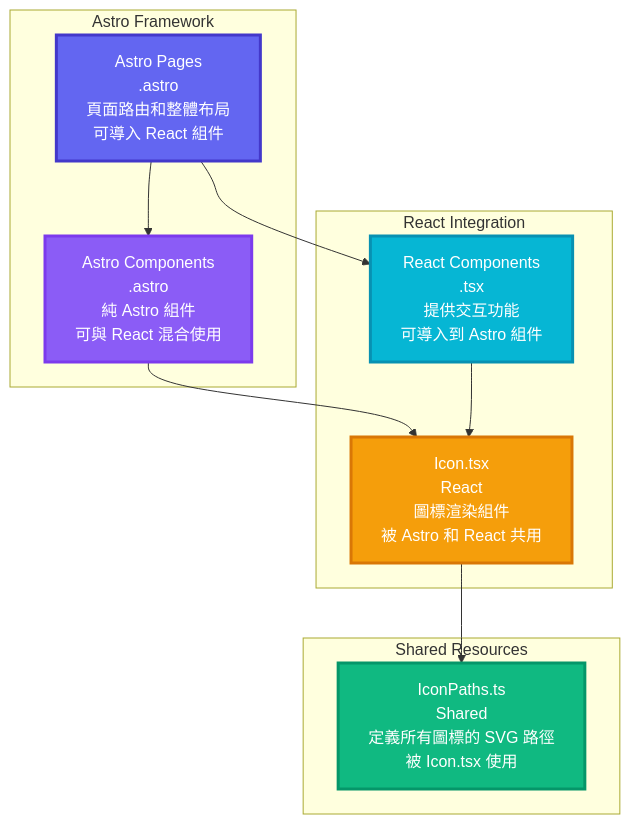
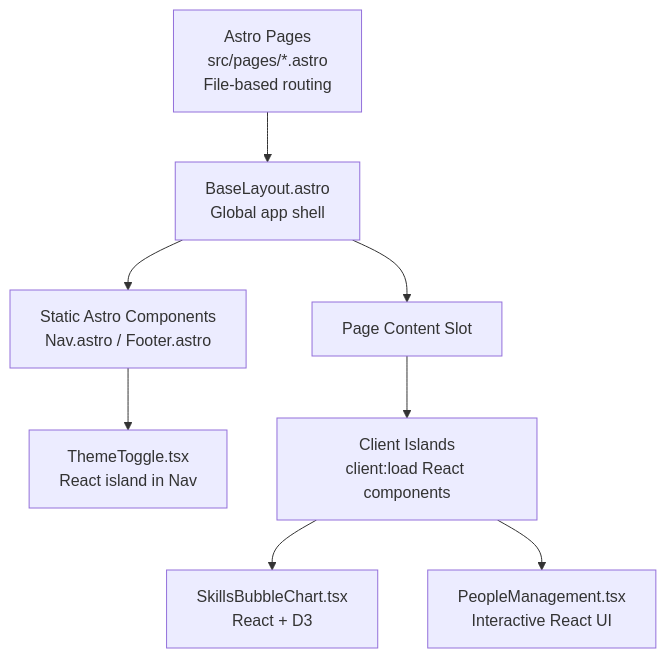
Before and after one commit to Vinskao/ty-multiverse: the second of 5 diagrams in README.md, drawn with Mermaid. The commit also changed other lines of this file and 1 other file, not shown here.

````diff
--- a/README.md
+++ b/README.md
@@ -596,34 +75,11 @@
 ```mermaid
 graph TD
-    A[Astro Pages<br/>.astro<br/>頁面路由和整體布局<br/>可導入 React 組件] --> B[Astro Components<br/>.astro<br/>純 Astro 組件<br/>可與 React 混合使用]
-    A --> C[React Components<br/>.tsx<br/>提供交互功能<br/>可導入到 Astro 組件]
-    B --> D[Icon.tsx<br/>React<br/>圖標渲染組件<br/>被 Astro 和 React 共用]
-    C --> D
-    D --> E[IconPaths.ts<br/>Shared<br/>定義所有圖標的 SVG 路徑<br/>被 Icon.tsx 使用]
-    
-    subgraph "Astro Framework"
-        A
-        B
-    end
-    
-    subgraph "React Integration"
-        C
-        D
-    end
-    
-    subgraph "Shared Resources"
-        E
-    end
+    A[Astro Pages<br/>src/pages/*.astro<br/>File-based routing] --> B[BaseLayout.astro<br/>Global app shell]
+    B --> C[Static Astro Components<br/>Nav.astro / Footer.astro]
+    B --> D[Page Content Slot]
 
-    %% Professional color scheme
-    style A fill:#6366f1,stroke:#4338ca,stroke-width:3px,color:#ffffff
-    style B fill:#8b5cf6,stroke:#7c3aed,stroke-width:3px,color:#ffffff
-    style C fill:#06b6d4,stroke:#0891b2,stroke-width:3px,color:#ffffff
-    style D fill:#f59e0b,stroke:#d97706,stroke-width:3px,color:#ffffff
-    style E fill:#10b981,stroke:#059669,stroke-width:3px,color:#ffffff
-    
-    %% Subgraph styling
-    classDef astroGroup fill:#f8fafc,stroke:#cbd5e1,stroke-width:2px
-    classDef reactGroup fill:#f0f9ff,stroke:#7dd3fc,stroke-width:2px
-    classDef sharedGroup fill:#f0fdf4,stroke:#86efac,stroke-width:2px
+    C --> E[ThemeToggle.tsx<br/>React island in Nav]
+    D --> F[Client Islands<br/>client:load React components]
+    F --> G[SkillsBubbleChart.tsx<br/>React + D3]
+    F --> H[PeopleManagement.tsx<br/>Interactive React UI]
 ```
````
